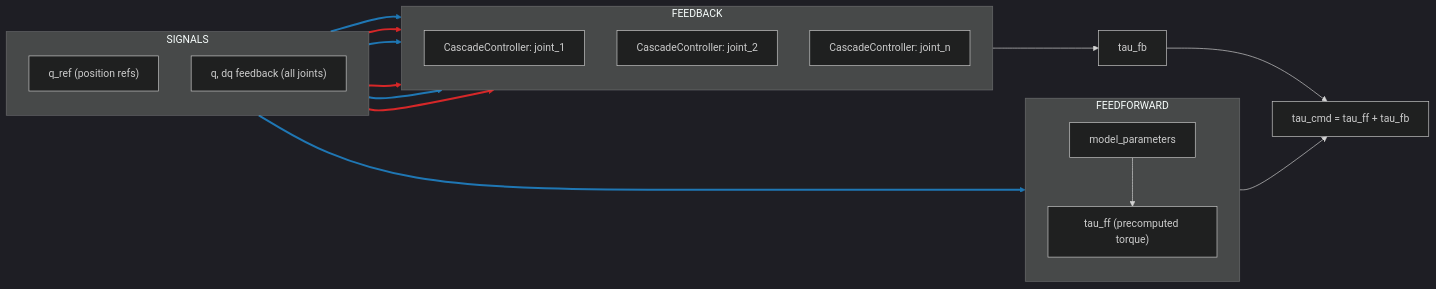
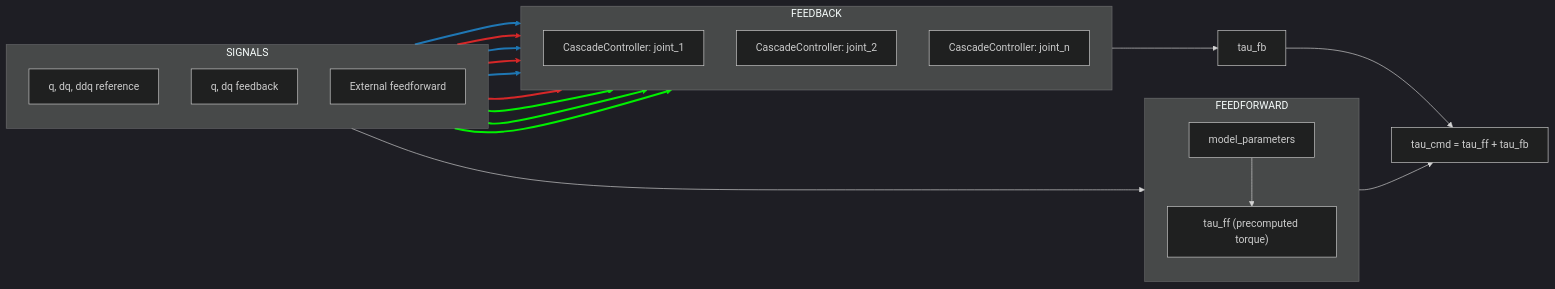
The first of 2 diagrams in README.md (JRL-CARI-CNR-UNIBS/labauto_control_library), drawn with Mermaid (dark theme) before and after one commit. The commit also changed other lines of this file, not shown here.

Commit message:
Revise flowchart for joint references and feedback
Updated the flowchart in the README to reflect changes in joint references and feedback signals.

````diff
--- a/README.md
+++ b/README.md
@@ -70,43 +70,52 @@
 ```mermaid
 flowchart LR
   subgraph DCSIN["SIGNALS"]
     direction TB
-    QREF["q_ref (position refs)"]
-    QFB["q, dq feedback (all joints)"]
+    QREF["q, dq, ddq reference"]
+    QFB["q, dq feedback"]
+    EXT_FFW["External feedforward"]
   end
 
   subgraph FFW["FEEDFORWARD"]
     direction TB
     TAU_FF["tau_ff (precomputed torque)"]
     PARAMS["model_parameters"] --> TAU_FF
   end
 
   subgraph DCIN["FEEDBACK"]
     direction TB
     C1["CascadeController: joint_1"]
     C2["CascadeController: joint_2"]
     CN["CascadeController: joint_n"]
   end
 
   QREF --> C1
   QFB --> C1
   QREF --> C2
   QFB --> C2
   QREF --> CN
   QFB --> CN
 
+  linkStyle 1 stroke:#1f77b4,stroke-width:3px;
+  linkStyle 2 stroke:#d62728,stroke-width:3px;
+  linkStyle 3 stroke:#1f77b4,stroke-width:3px;
+  linkStyle 4 stroke:#d62728,stroke-width:3px;
+  linkStyle 5 stroke:#1f77b4,stroke-width:3px;
+  linkStyle 6 stroke:#d62728,stroke-width:3px;
+
+  EXT_FFW  --> C1
+  EXT_FFW  --> C2
+  EXT_FFW  --> CN
+  linkStyle 7 stroke:#00f000,stroke-width:3px;
+  linkStyle 8 stroke:#00f000,stroke-width:3px;
+  linkStyle 9 stroke:#00f000,stroke-width:3px;
+
   DCIN --> TAU_FB["tau_fb"]
 
   QREF --> TAU_FF
 
   TAU_FF --> SUM["tau_cmd = tau_ff + tau_fb"]
   TAU_FB --> SUM
 
-  linkStyle 1 stroke:#1f77b4,stroke-width:3px;
-  linkStyle 2 stroke:#d62728,stroke-width:3px;
-  linkStyle 3 stroke:#1f77b4,stroke-width:3px;
-  linkStyle 4 stroke:#d62728,stroke-width:3px;
-  linkStyle 5 stroke:#1f77b4,stroke-width:3px;
-  linkStyle 6 stroke:#d62728,stroke-width:3px;
-  linkStyle 8 stroke:#1f77b4,stroke-width:3px;
+
 ```
````
